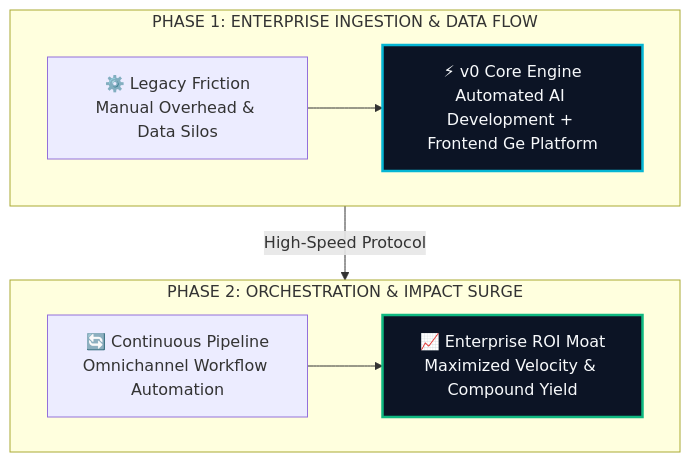
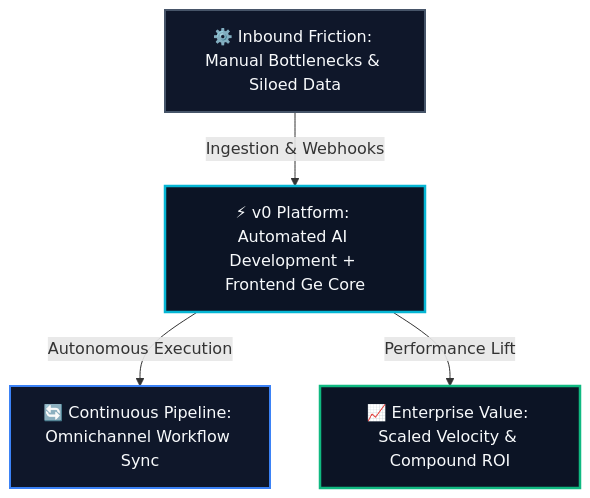
The diagram in site/src/content/blog/v0-evolution-guide-2026.md (heliatech-media/saas-radar), drawn with Mermaid before and after one commit. The commit also changed 93 other files, not shown here.

First line of the commit message:
fix(diagrams): resolve dagre-d3 subgraph collision by migrating to balanced 3-tier Hub & Spoke architecture

````diff
--- a/site/src/content/blog/v0-evolution-guide-2026.md
+++ b/site/src/content/blog/v0-evolution-guide-2026.md
@@ -52,14 +52,14 @@
 ```mermaid
 flowchart TD
-    subgraph S1["PHASE 1: ENTERPRISE INGESTION & DATA FLOW"]
-        direction LR
-        A["⚙️ Legacy Friction<br/>Manual Overhead & Data Silos"] --> B["⚡ v0 Core Engine<br/>Automated AI Development + Frontend Ge Platform"]
-    end
-    subgraph S2["PHASE 2: ORCHESTRATION & IMPACT SURGE"]
-        direction LR
-        C["🔄 Continuous Pipeline<br/>Omnichannel Workflow Automation"] --> D["📈 Enterprise ROI Moat<br/>Maximized Velocity & Compound Yield"]
-    end
-    S1 -->|High-Speed Protocol| S2
-    style B fill:#0c1425,stroke:#06b6d4,stroke-width:2.5px,color:#f8fafc
-    style D fill:#0c1425,stroke:#10b981,stroke-width:2.5px,color:#f8fafc
+    Inp["⚙️ Inbound Friction: Manual Bottlenecks & Siloed Data"]
+    Eng["⚡ v0 Platform: Automated AI Development + Frontend Ge Core"]
+    Out1["🔄 Continuous Pipeline: Omnichannel Workflow Sync"]
+    Out2["📈 Enterprise Value: Scaled Velocity & Compound ROI"]
+    Inp -->|Ingestion & Webhooks| Eng
+    Eng -->|Autonomous Execution| Out1
+    Eng -->|Performance Lift| Out2
+    style Inp fill:#0f172a,stroke:#475569,stroke-width:2px,color:#f8fafc
+    style Eng fill:#0c1425,stroke:#06b6d4,stroke-width:2.5px,color:#f8fafc
+    style Out1 fill:#0f172a,stroke:#3b82f6,stroke-width:2px,color:#f8fafc
+    style Out2 fill:#0c1425,stroke:#10b981,stroke-width:2.5px,color:#f8fafc
 ```
````
